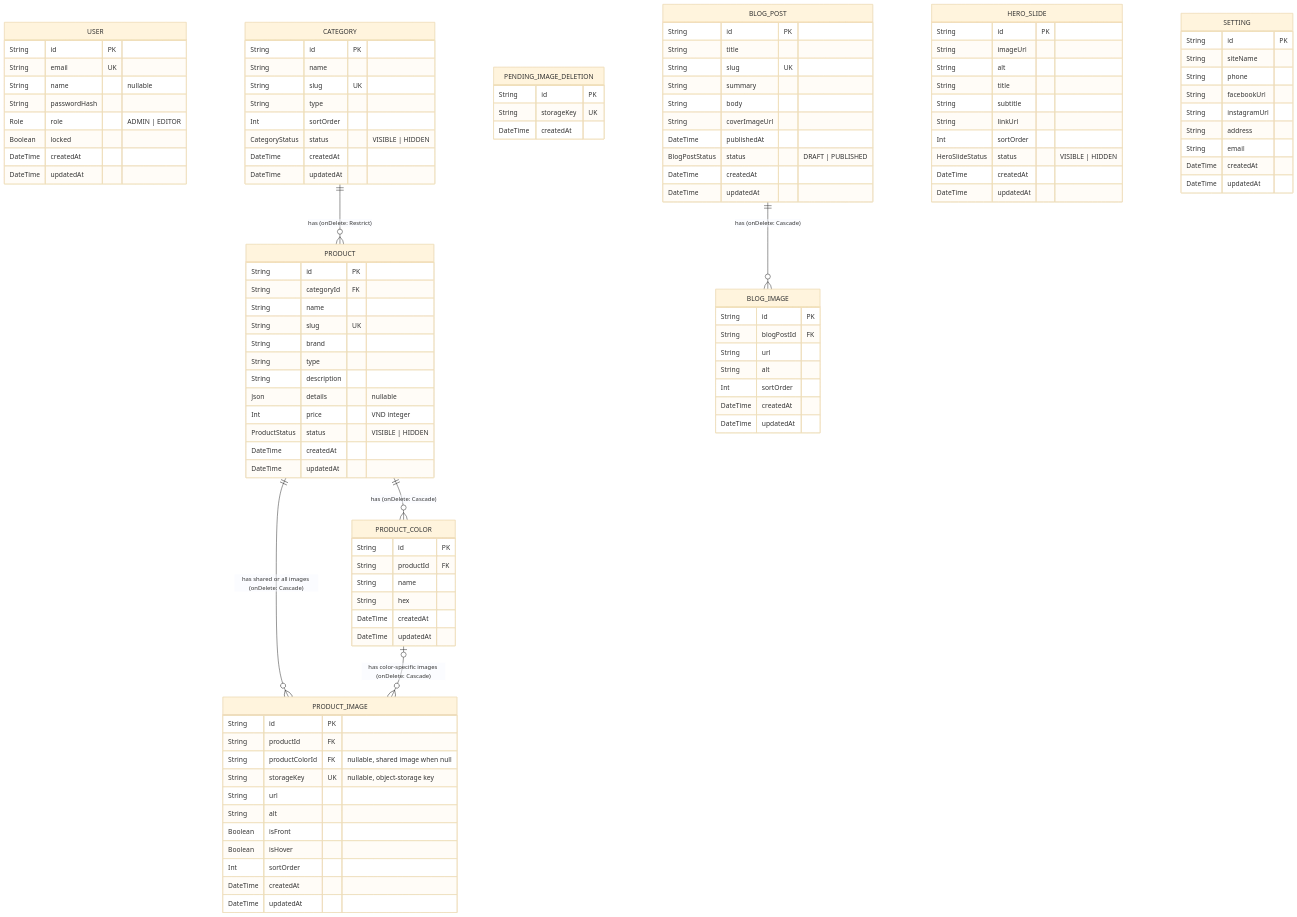
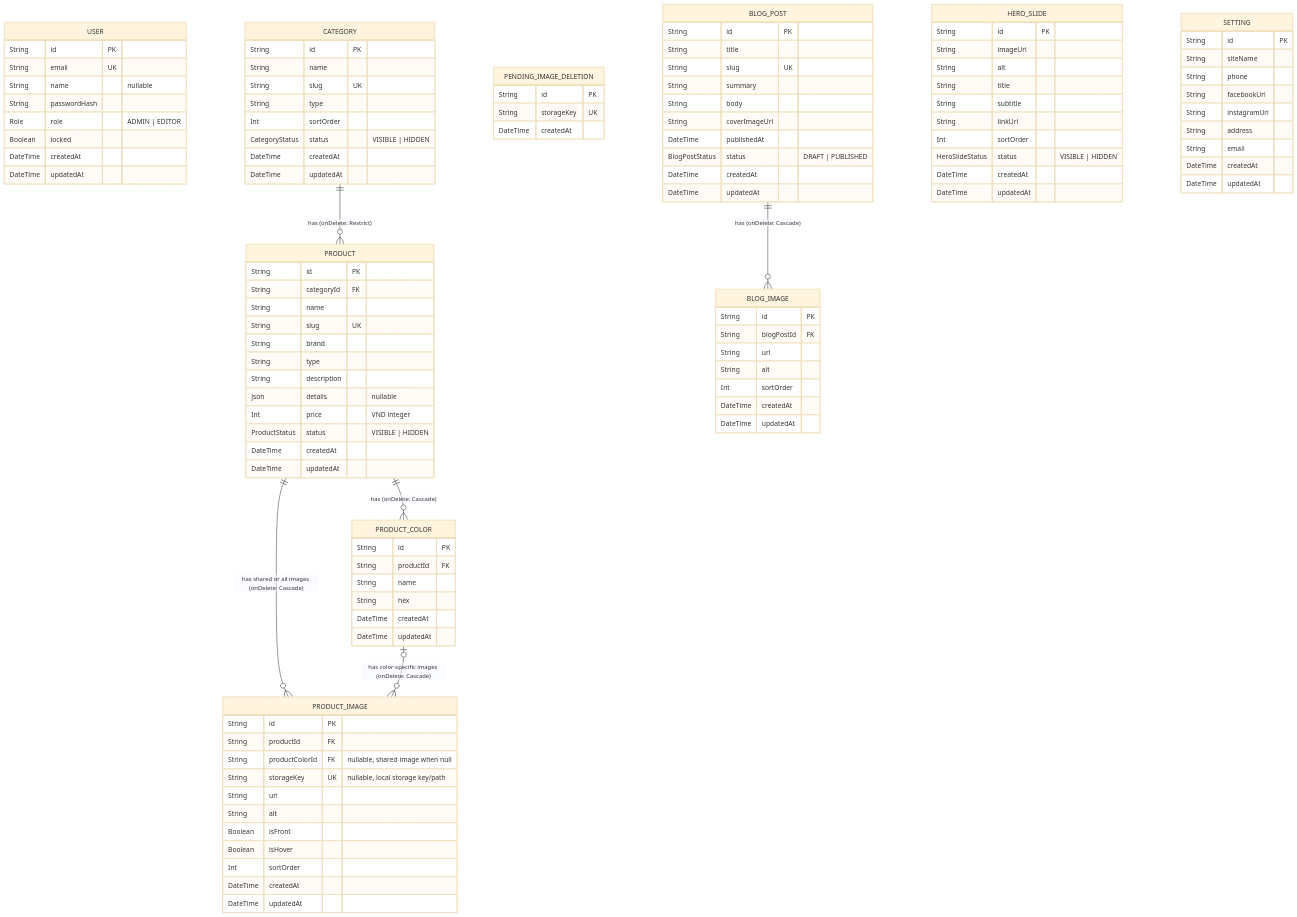
The diagram in docs/ERD.md (khanhtung2410/ant-jewelry), drawn with Mermaid (base theme) before and after one commit. The commit also changed other lines of this file and 14 other files, not shown here.

First line of the commit message:
refactor(storage): store product images on local filesystem (#37)

```diff
--- a/docs/ERD.md
+++ b/docs/ERD.md
@@ -54,7 +54,7 @@
         String id PK
         String productId FK
         String productColorId FK "nullable, shared image when null"
-        String storageKey UK "nullable, object-storage key"
+        String storageKey UK "nullable, local storage key/path"
         String url
         String alt
         Boolean isFront
```
